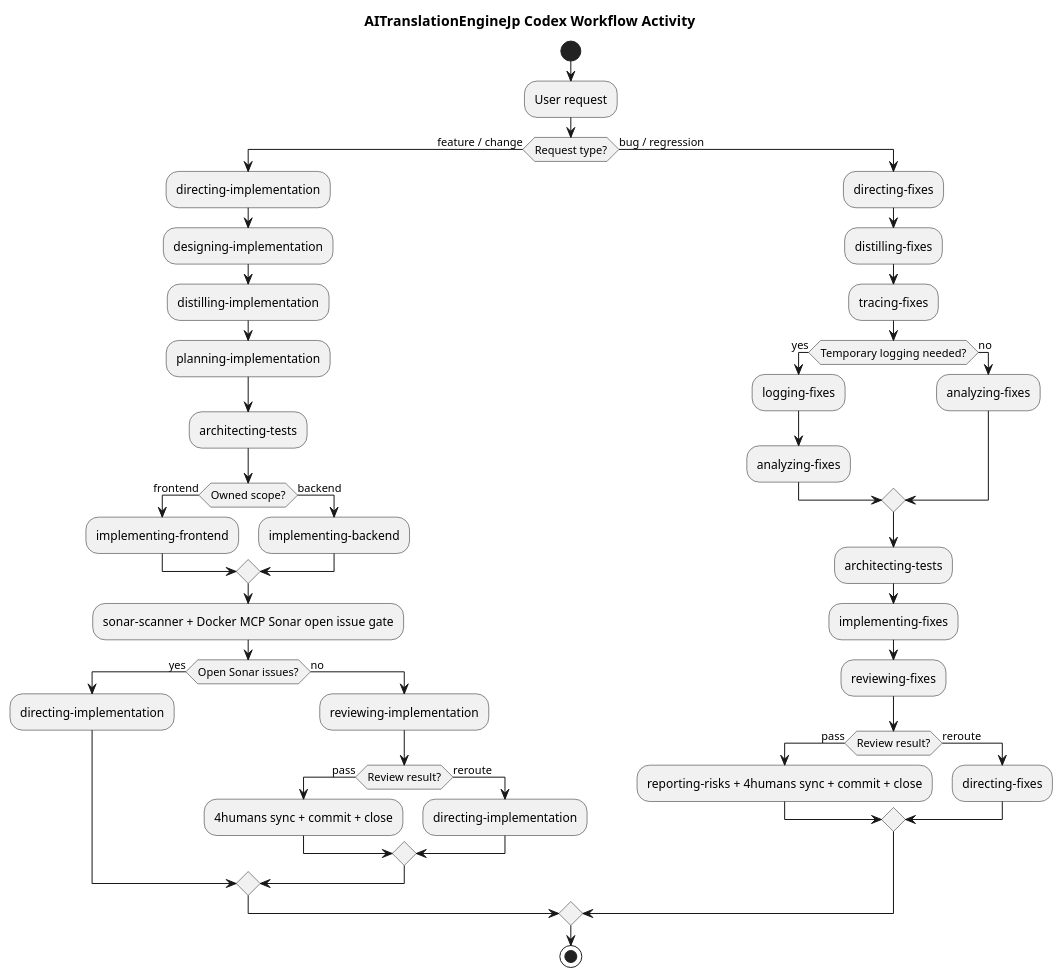
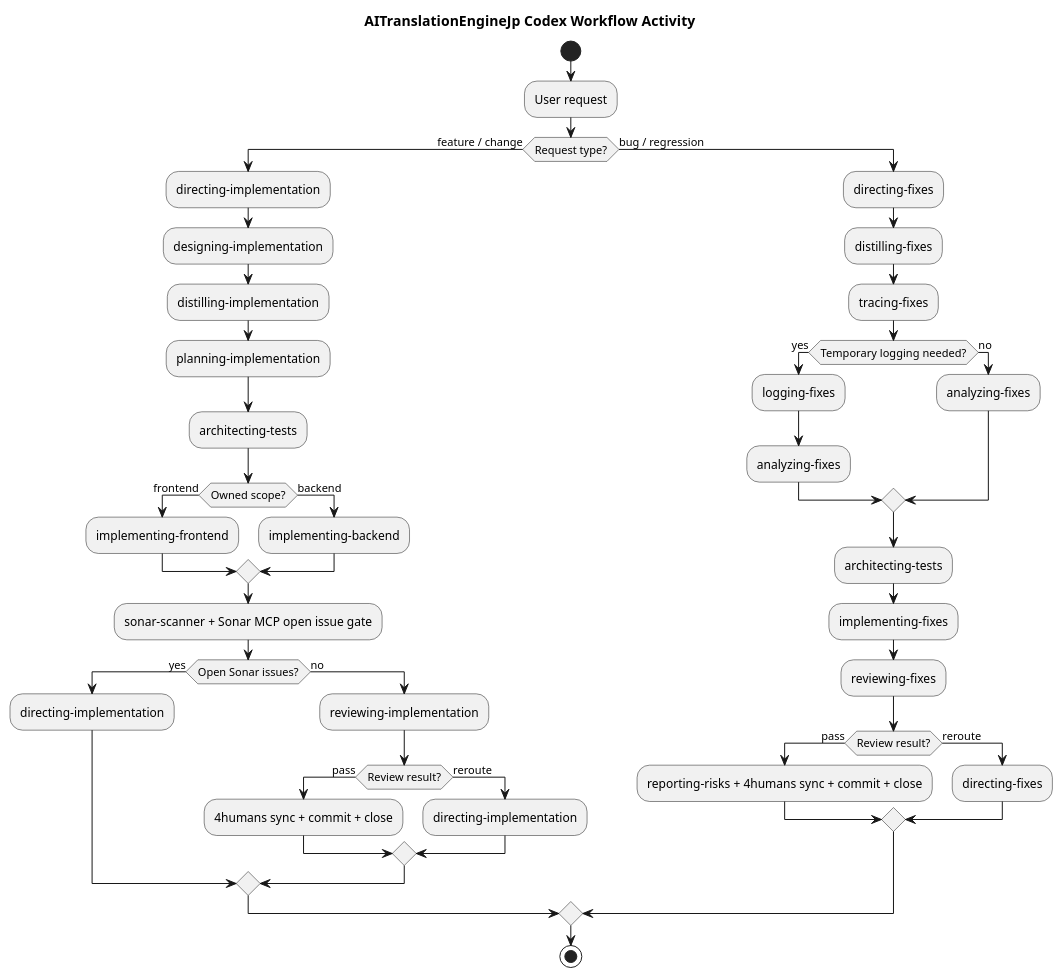
One commit to ishibata91/AITranslationEngineJP changed the diagram in .codex/workflow_activity_diagram.puml. Above: the diagram before and after it, drawn with PlantUML. The commit also changed other lines of this file and 8 other files, not shown here.

```diff
--- a/.codex/workflow_activity_diagram.puml
+++ b/.codex/workflow_activity_diagram.puml
@@ -1,56 +1,56 @@
 @startuml WorkflowActivity
 title AITranslationEngineJp Codex Workflow Activity
 skinparam shadowing false
 skinparam linetype ortho
 
 start
 :User request;
 
 if (Request type?) then (feature / change)
   :directing-implementation;
   :designing-implementation;
   :distilling-implementation;
   :planning-implementation;
   :architecting-tests;
 
   if (Owned scope?) then (frontend)
     :implementing-frontend;
   else (backend)
     :implementing-backend;
   endif
 
-  :sonar-scanner + Docker MCP Sonar open issue gate;
+  :sonar-scanner + Sonar MCP open issue gate;
   if (Open Sonar issues?) then (yes)
     :directing-implementation;
   else (no)
   :reviewing-implementation;
   if (Review result?) then (pass)
     :4humans sync + commit + close;
   else (reroute)
     :directing-implementation;
   endif
   endif
 else (bug / regression)
   :directing-fixes;
   :distilling-fixes;
   :tracing-fixes;
 
   if (Temporary logging needed?) then (yes)
     :logging-fixes;
     :analyzing-fixes;
   else (no)
     :analyzing-fixes;
   endif
 
   :architecting-tests;
   :implementing-fixes;
   :reviewing-fixes;
   if (Review result?) then (pass)
     :reporting-risks + 4humans sync + commit + close;
   else (reroute)
     :directing-fixes;
   endif
 endif
 
 stop
 @enduml
```
